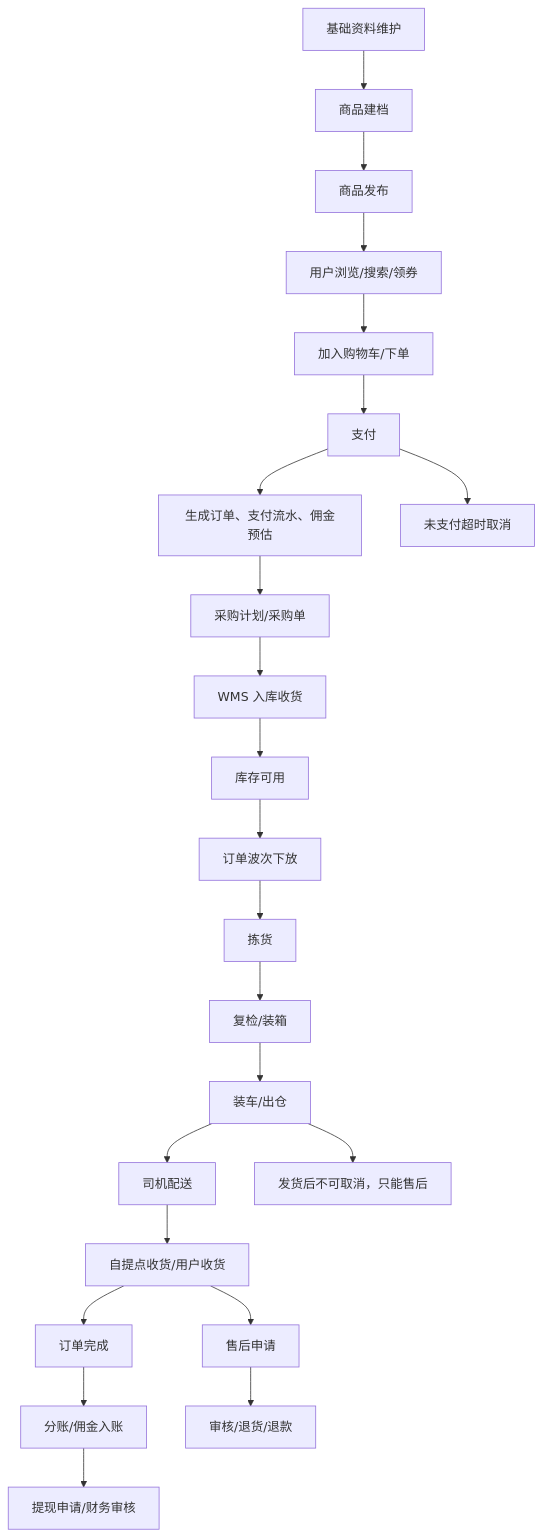
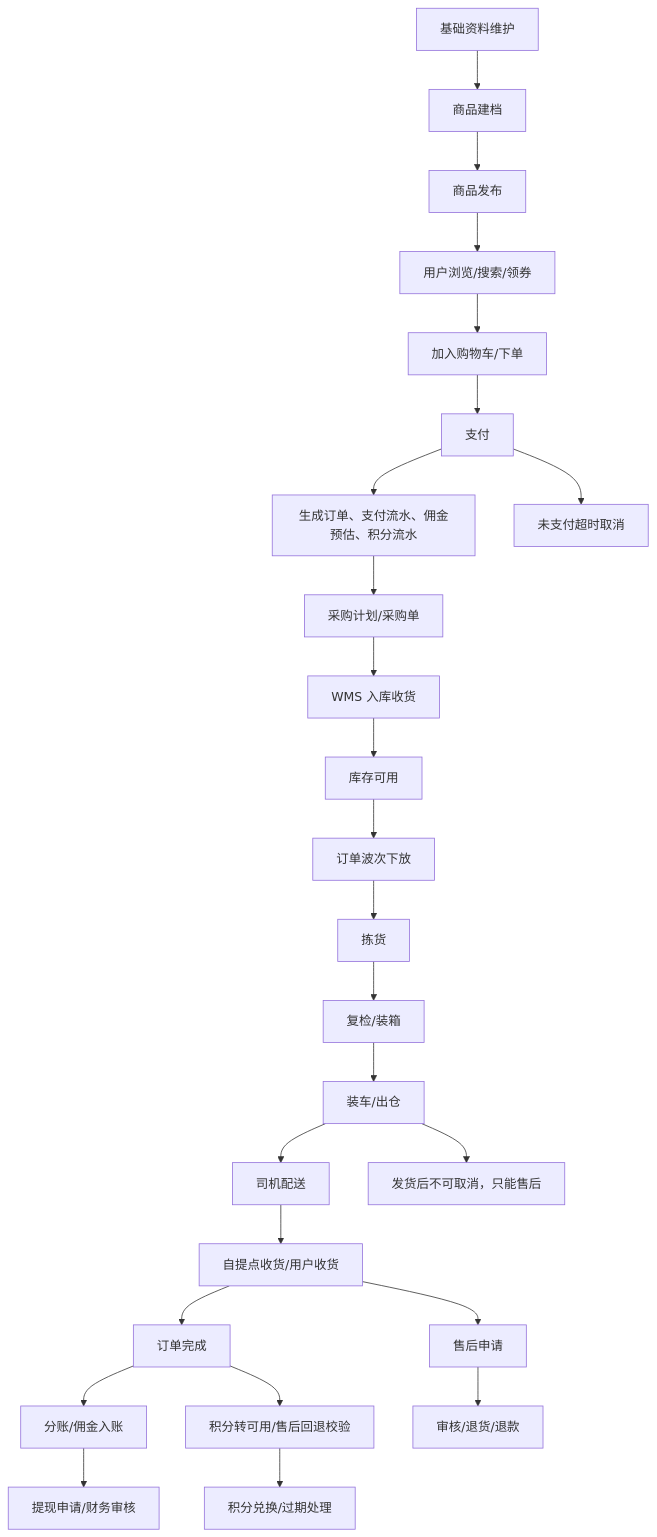
One commit to Chenfan0211/mall changed the second of 10 diagrams in design/商城项目流程文档.md. Above: the diagram before and after it, drawn with Mermaid. The commit also changed other lines of this file and 6 other files, not shown here.

````diff
--- a/design/商城项目流程文档.md
+++ b/design/商城项目流程文档.md
@@ -70,26 +70,28 @@
 ```mermaid
 flowchart TD
   A["基础资料维护"] --> B["商品建档"]
   B --> C["商品发布"]
   C --> D["用户浏览/搜索/领券"]
   D --> E["加入购物车/下单"]
   E --> F["支付"]
-  F --> G["生成订单、支付流水、佣金预估"]
+  F --> G["生成订单、支付流水、佣金预估、积分流水"]
   G --> H["采购计划/采购单"]
   H --> I["WMS 入库收货"]
   I --> J["库存可用"]
   J --> K["订单波次下放"]
   K --> L["拣货"]
   L --> M["复检/装箱"]
   M --> N["装车/出仓"]
   N --> O["司机配送"]
   O --> P["自提点收货/用户收货"]
   P --> Q["订单完成"]
   Q --> R["分账/佣金入账"]
+  Q --> X["积分转可用/售后回退校验"]
   R --> S["提现申请/财务审核"]
+  X --> Y["积分兑换/过期处理"]
 
   F --> T["未支付超时取消"]
   N --> U["发货后不可取消，只能售后"]
   P --> V["售后申请"]
   V --> W["审核/退货/退款"]
 ```
````
